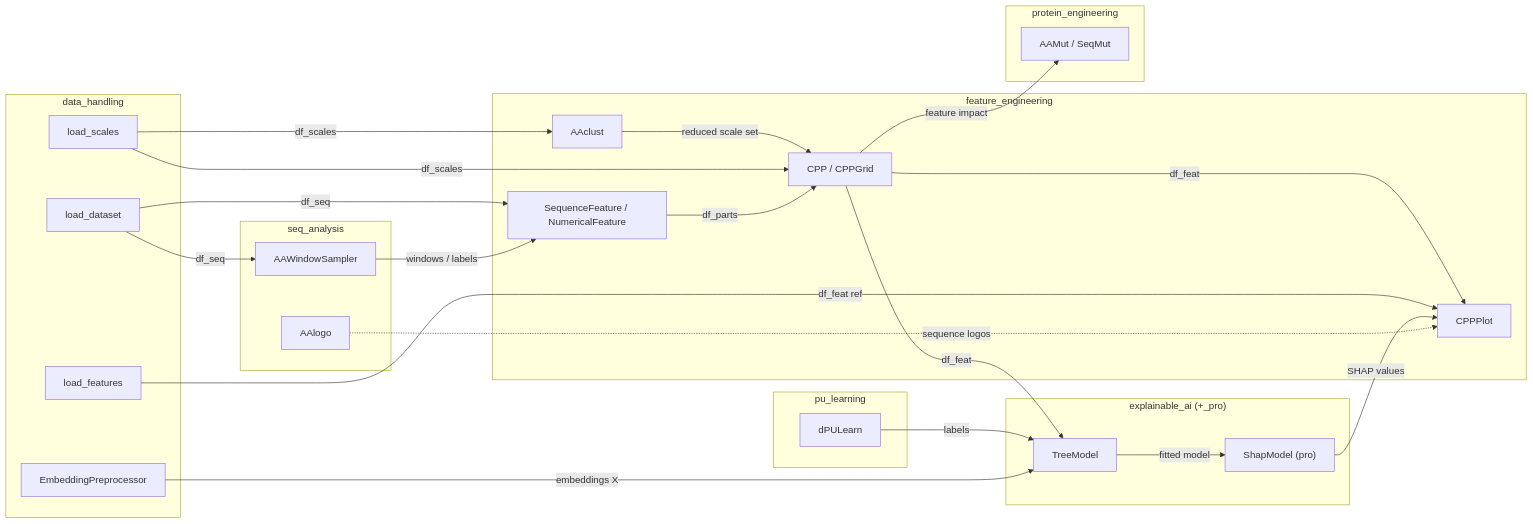
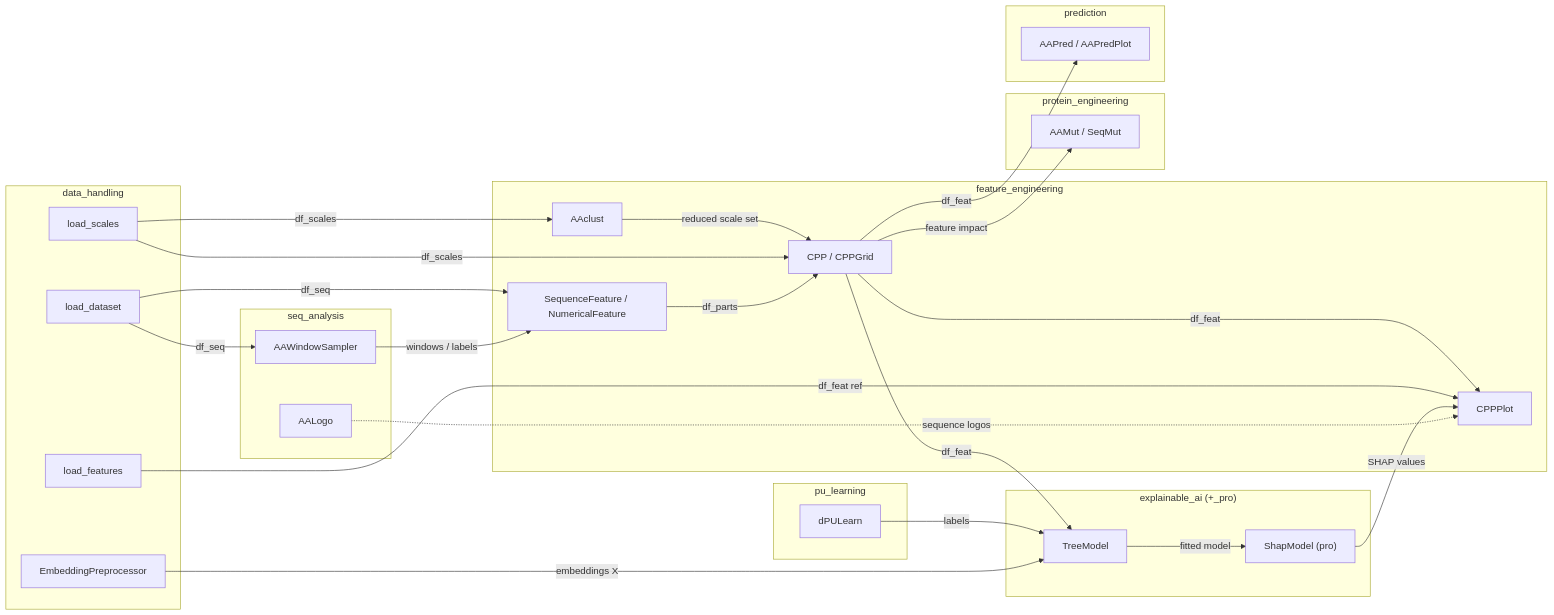
The diagram in docs/module_map.md (breimanntools/aaanalysis), drawn with Mermaid before and after one commit. The commit also changed other lines of this file and 267 other files, not shown here.

````diff
--- a/docs/module_map.md
+++ b/docs/module_map.md
@@ -15,46 +15,50 @@
 ```mermaid
 flowchart LR
   subgraph DH["data_handling"]
     LD["load_dataset"]
     LS["load_scales"]
     LF["load_features"]
     EP["EmbeddingPreprocessor"]
   end
   subgraph SA["seq_analysis"]
     AWS["AAWindowSampler"]
-    AL["AAlogo"]
+    AL["AALogo"]
   end
   subgraph FE["feature_engineering"]
     AAC["AAclust"]
     SF["SequenceFeature / NumericalFeature"]
     CPP["CPP / CPPGrid"]
     CPPP["CPPPlot"]
   end
   subgraph PU["pu_learning"]
     DPU["dPULearn"]
   end
   subgraph XAI["explainable_ai (+_pro)"]
     TM["TreeModel"]
     SM["ShapModel (pro)"]
   end
   subgraph PD["protein_engineering"]
     AAM["AAMut / SeqMut"]
   end
+  subgraph PRD["prediction"]
+    AAPRED["AAPred / AAPredPlot"]
+  end
 
   LD -->|df_seq| SF
   LD -->|df_seq| AWS
   AWS -->|windows / labels| SF
   LS -->|df_scales| AAC
   AAC -->|reduced scale set| CPP
   LS -->|df_scales| CPP
   SF -->|df_parts| CPP
   CPP -->|df_feat| TM
+  CPP -->|df_feat| AAPRED
   CPP -->|df_feat| CPPP
   LF -->|df_feat ref| CPPP
   DPU -->|labels| TM
   EP -->|embeddings X| TM
   TM -->|fitted model| SM
   SM -->|SHAP values| CPPP
   CPP -->|feature impact| AAM
   AL -.->|sequence logos| CPPP
 ```
````
